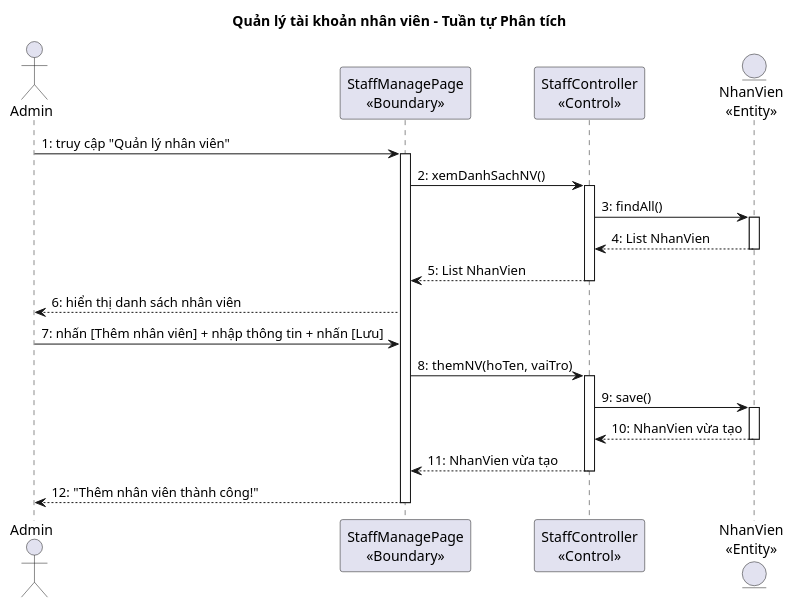
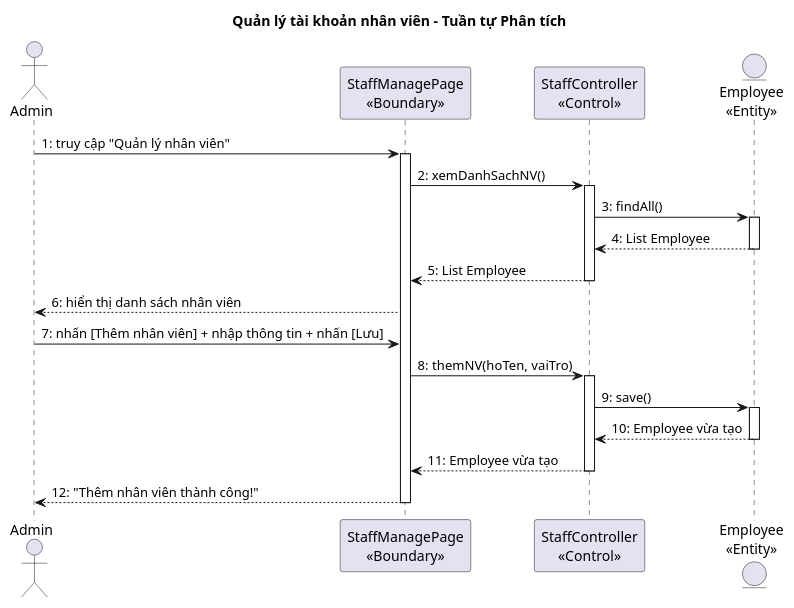
The fifth of 5 diagrams in docs/tabs/section-account-ii.md (thanhtrnnn/cnpm), drawn with PlantUML before and after one commit. The commit also changed other lines of this file and 15 other files, not shown here.

````diff
--- a/docs/tabs/section-account-ii.md
+++ b/docs/tabs/section-account-ii.md
@@ -454,34 +454,34 @@
 ```plantuml
 @startuml
 title Quản lý tài khoản nhân viên – Tuần tự Phân tích
 
 actor "Admin" as Admin
 participant "StaffManagePage\n<<Boundary>>" as B1
 participant "StaffController\n<<Control>>" as C1
-entity "NhanVien\n<<Entity>>" as E1
+entity "Employee\n<<Entity>>" as E1
 
 Admin -> B1 : 1: truy cập "Quản lý nhân viên"
 activate B1
 B1 -> C1 : 2: xemDanhSachNV()
 activate C1
 C1 -> E1 : 3: findAll()
 activate E1
-E1 --> C1 : 4: List NhanVien
+E1 --> C1 : 4: List Employee
 deactivate E1
-C1 --> B1 : 5: List NhanVien
+C1 --> B1 : 5: List Employee
 deactivate C1
 B1 --> Admin : 6: hiển thị danh sách nhân viên
 
 Admin -> B1 : 7: nhấn [Thêm nhân viên] + nhập thông tin + nhấn [Lưu]
 B1 -> C1 : 8: themNV(hoTen, vaiTro)
 activate C1
 C1 -> E1 : 9: save()
 activate E1
-E1 --> C1 : 10: NhanVien vừa tạo
+E1 --> C1 : 10: Employee vừa tạo
 deactivate E1
-C1 --> B1 : 11: NhanVien vừa tạo
+C1 --> B1 : 11: Employee vừa tạo
 deactivate C1
 B1 --> Admin : 12: "Thêm nhân viên thành công!"
 deactivate B1
 @enduml
 ```
````
